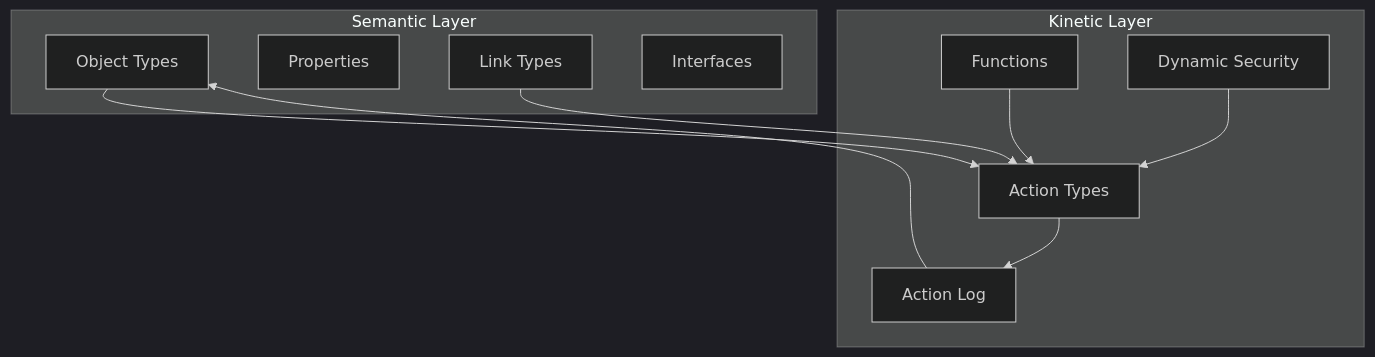
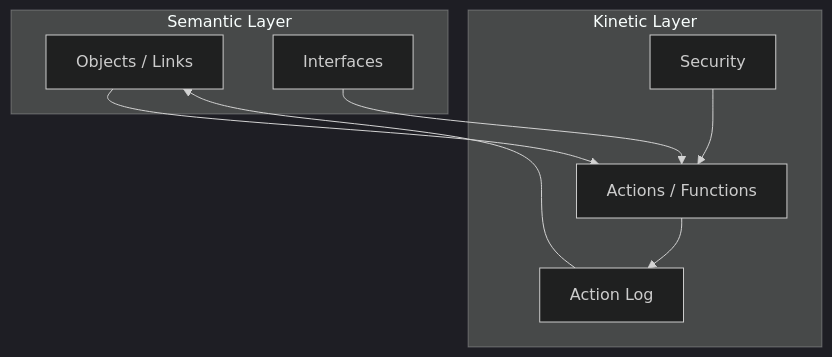
The third of 5 diagrams in src/content/blog/palantir-operational-ai-platform.mdx (daylight55/research), drawn with Mermaid (dark theme) before and after one commit. The commit also changed other lines of this file and 20 other files, not shown here.

Commit message:
Mermaid図の表示サイズを調整

````diff
--- a/src/content/blog/palantir-operational-ai-platform.mdx
+++ b/src/content/blog/palantir-operational-ai-platform.mdx
@@ -117,21 +117,17 @@
 ```mermaid
 flowchart TB
   subgraph "Semantic Layer"
-    O["Object Types"]
-    P["Properties"]
-    L["Link Types"]
+    M["Objects / Links"]
     I["Interfaces"]
   end
   subgraph "Kinetic Layer"
-    A["Action Types"]
-    F["Functions"]
-    S["Dynamic Security"]
+    A["Actions / Functions"]
+    S["Security"]
     AL["Action Log"]
   end
-  O --> A
-  L --> A
+  M --> A
+  I --> A
   A --> AL
-  F --> A
   S --> A
-  AL --> O
+  AL --> M
 ```
````
